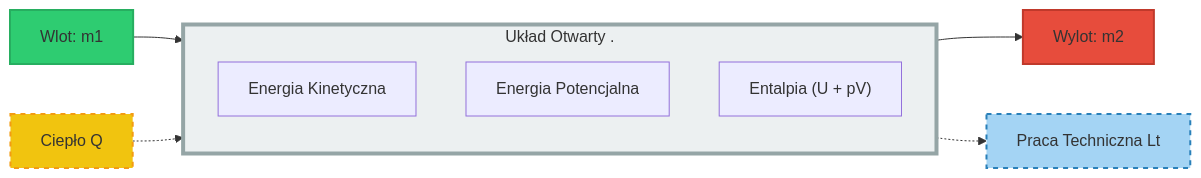
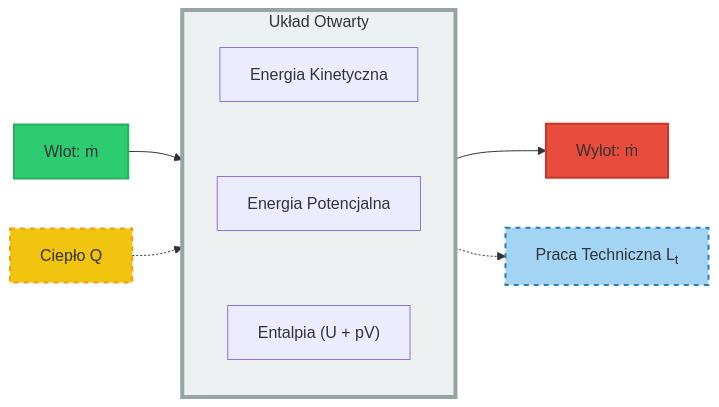
The first of 2 diagrams in Wyklady/03_I_Zasada_Otwarte.qmd (moondec/Termodynamika), drawn with Mermaid before and after one commit. The commit also changed other lines of this file and 80 other files, not shown here.

````diff
--- a/Wyklady/03_I_Zasada_Otwarte.qmd
+++ b/Wyklady/03_I_Zasada_Otwarte.qmd
@@ -210,21 +212,22 @@
 ```{mermaid}
 flowchart LR
-    subgraph System ["Układ Otwarty&nbsp;."]
+    subgraph System ["Układ Otwarty"]
         direction TB
         K[Energia Kinetyczna]
         P[Energia Potencjalna]
         H["Entalpia (U + pV)"]
+        K ~~~ P ~~~ H
     end
 
-    In[Wlot: m1] --> H
-    H --> Out[Wylot: m2]
-    
-    Q[Ciepło Q] -.-> H
-    H -.-> W[Praca Techniczna Lt]
+    In[Wlot: ṁ] --> System
+    System --> Out[Wylot: ṁ]
+
+    Q[Ciepło Q] -.-> System
+    System -.-> W["Praca Techniczna L<sub>t</sub>"]
 
     style In fill:#2ecc71,stroke:#27ae60,stroke-width:2px
     style Out fill:#e74c3c,stroke:#c0392b,stroke-width:2px
     style Q fill:#f1c40f,stroke:#f39c12,stroke-width:2px,stroke-dasharray: 5 5
     style W fill:#a4d4f4ff,stroke:#2980b9,stroke-width:2px,stroke-dasharray: 5 5
     style System fill:#ecf0f1,stroke:#95a5a6,stroke-width:4px
 ```
````
